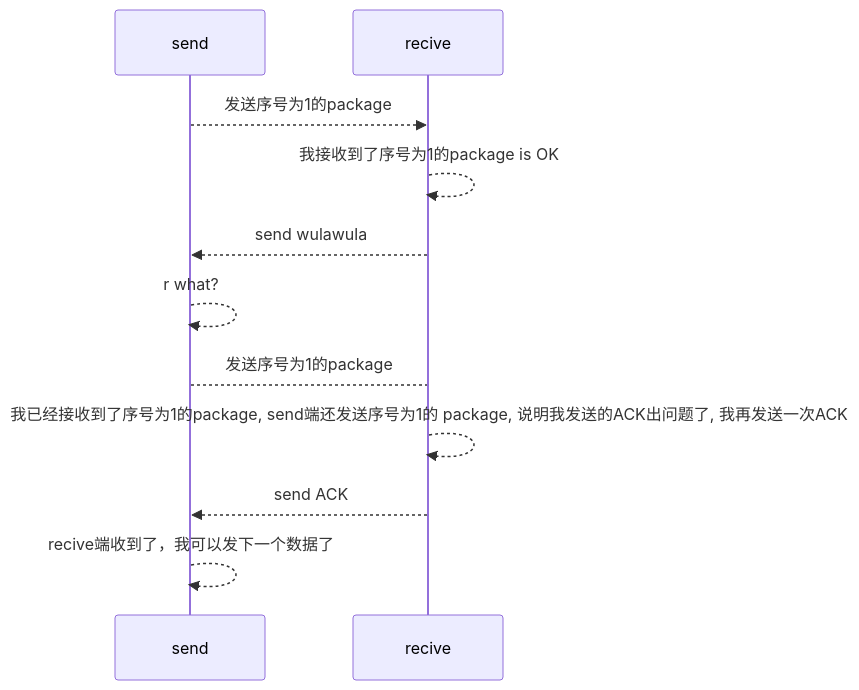
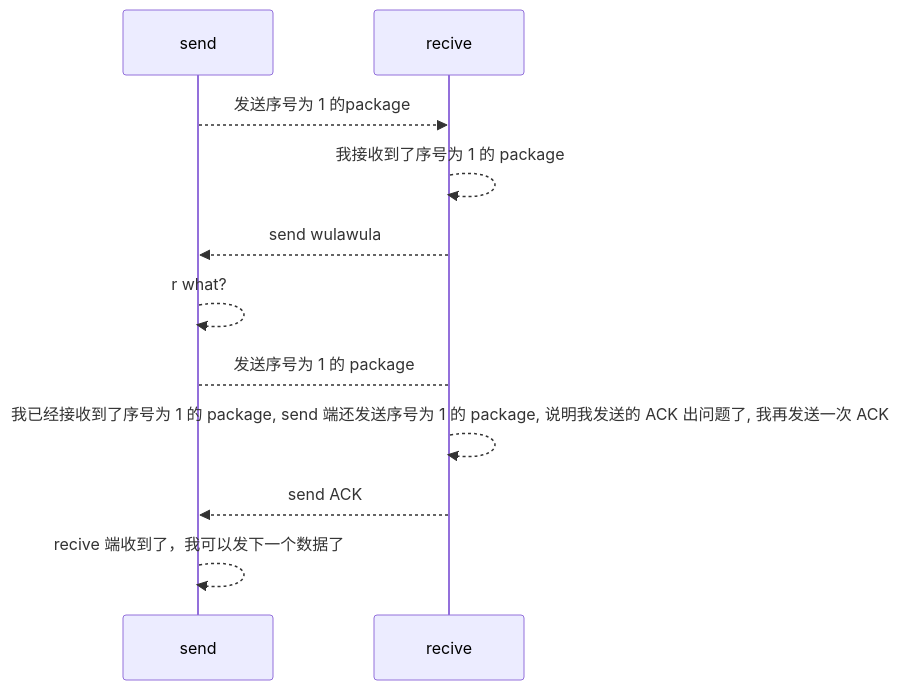
Before and after one commit to csliujw/CodeNotes: the second of 14 diagrams in CS-Course/计算机网络-自顶向下方法.md, drawn with Mermaid. The commit also changed other lines of this file, not shown here.

````diff
--- a/CS-Course/计算机网络-自顶向下方法.md
+++ b/CS-Course/计算机网络-自顶向下方法.md
@@ -376,13 +375,13 @@
 ```mermaid
 sequenceDiagram
 participant s as send 
 participant r as recive
-s-->>r:发送序号为1的package
-r-->>r:我接收到了序号为1的package is OK
+s-->>r:发送序号为 1 的package
+r-->>r:我接收到了序号为 1 的 package
 r-->>s:send wulawula
 s-->>s:r what?
-s-->r:发送序号为1的package
-r-->>r:我已经接收到了序号为1的package, send端还发送序号为1的 package, 说明我发送的ACK出问题了, 我再发送一次ACK
+s-->r:发送序号为 1 的 package
+r-->>r:我已经接收到了序号为 1 的 package, send 端还发送序号为 1 的 package, 说明我发送的 ACK 出问题了, 我再发送一次 ACK
 r-->>s:send ACK
-s-->>s:recive端收到了，我可以发下一个数据了
+s-->>s:recive 端收到了，我可以发下一个数据了
 ```
````
